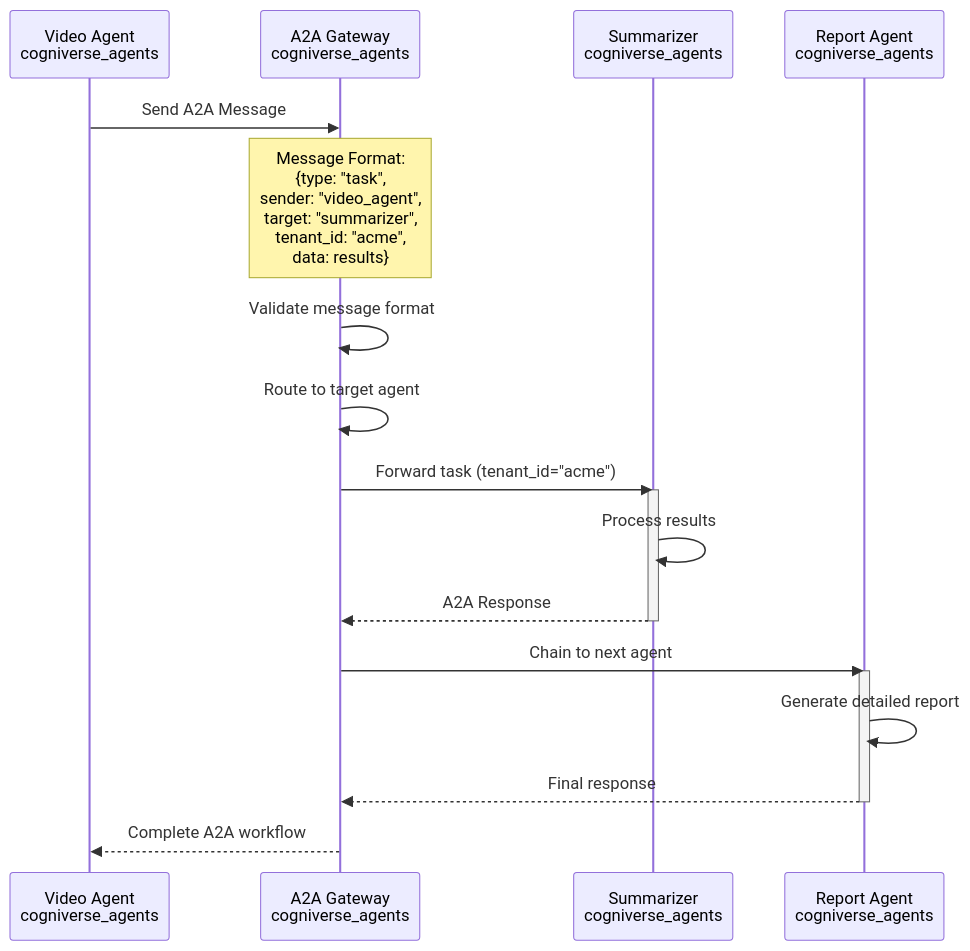
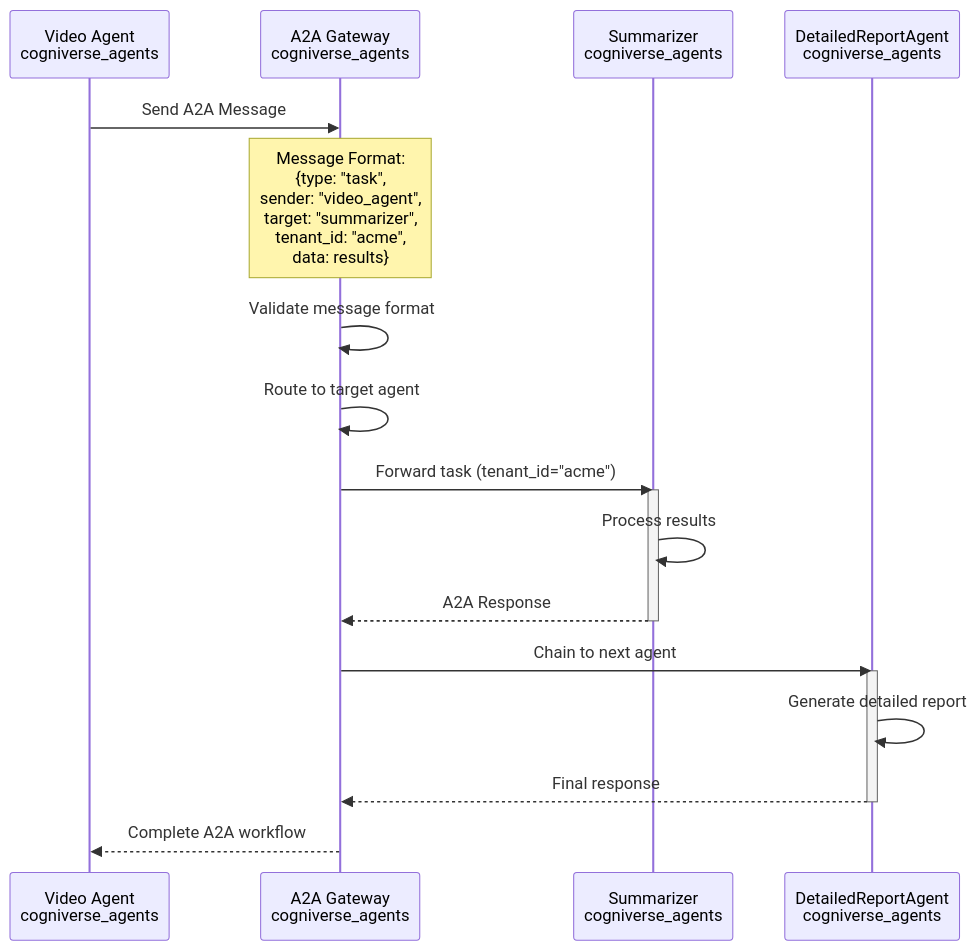
The seventh of 24 diagrams in docs/architecture/system-flows.md (amit-jain/cogniverse), drawn with Mermaid before and after one commit. The commit also changed other lines of this file and 83 other files, not shown here.

First line of the commit message:
Fix documentation veracity, formatting, and diagrams across all modules

````diff
--- a/docs/architecture/system-flows.md
+++ b/docs/architecture/system-flows.md
@@ -399,28 +288,28 @@
 ```mermaid
 sequenceDiagram
     participant VideoAgent as Video Agent<br/>cogniverse_agents
     participant Gateway as A2A Gateway<br/>cogniverse_agents
     participant Summarizer as Summarizer<br/>cogniverse_agents
-    participant ReportAgent as Report Agent<br/>cogniverse_agents
+    participant ReportAgent as DetailedReportAgent<br/>cogniverse_agents
 
     VideoAgent->>Gateway: Send A2A Message
     Note over Gateway: Message Format:<br/>{type: "task",<br/>sender: "video_agent",<br/>target: "summarizer",<br/>tenant_id: "acme",<br/>data: results}
 
     Gateway->>Gateway: Validate message format
     Gateway->>Gateway: Route to target agent
 
     Gateway->>Summarizer: Forward task (tenant_id="acme")
 
     activate Summarizer
     Summarizer->>Summarizer: Process results
     Summarizer-->>Gateway: A2A Response
     deactivate Summarizer
 
     Gateway->>ReportAgent: Chain to next agent
     activate ReportAgent
     ReportAgent->>ReportAgent: Generate detailed report
     ReportAgent-->>Gateway: Final response
     deactivate ReportAgent
 
     Gateway-->>VideoAgent: Complete A2A workflow
 ```
````
